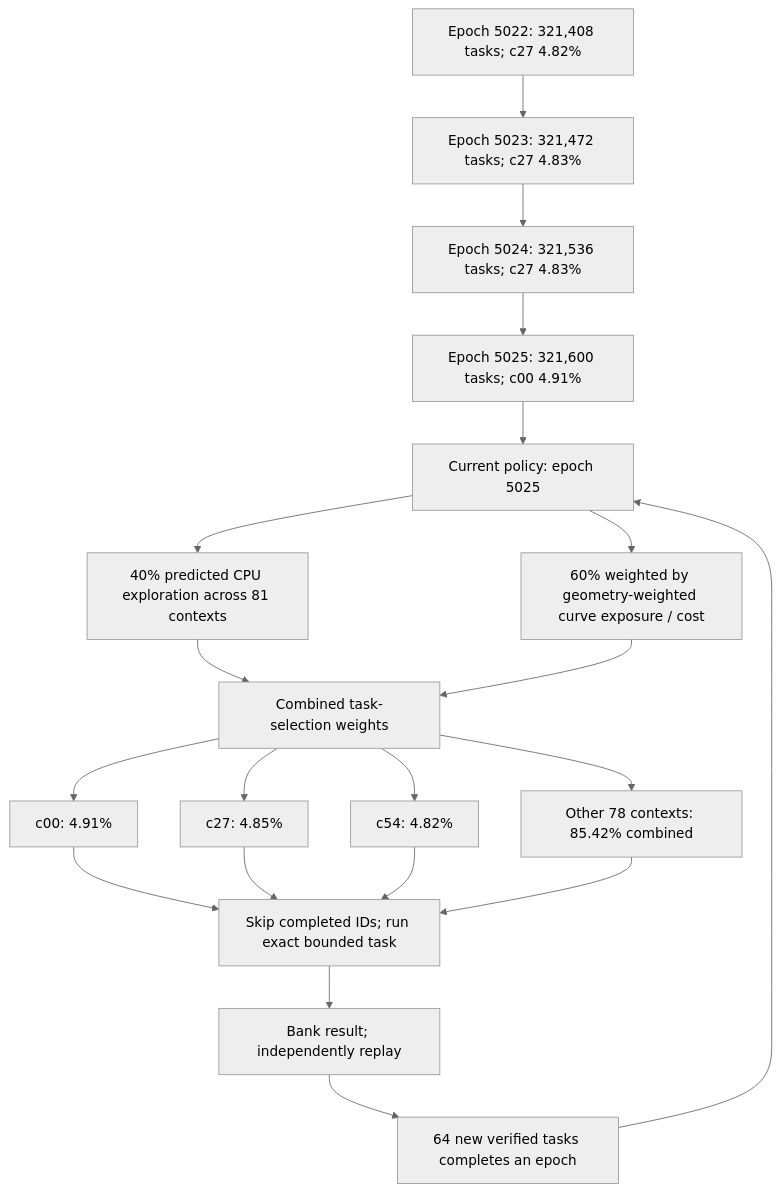
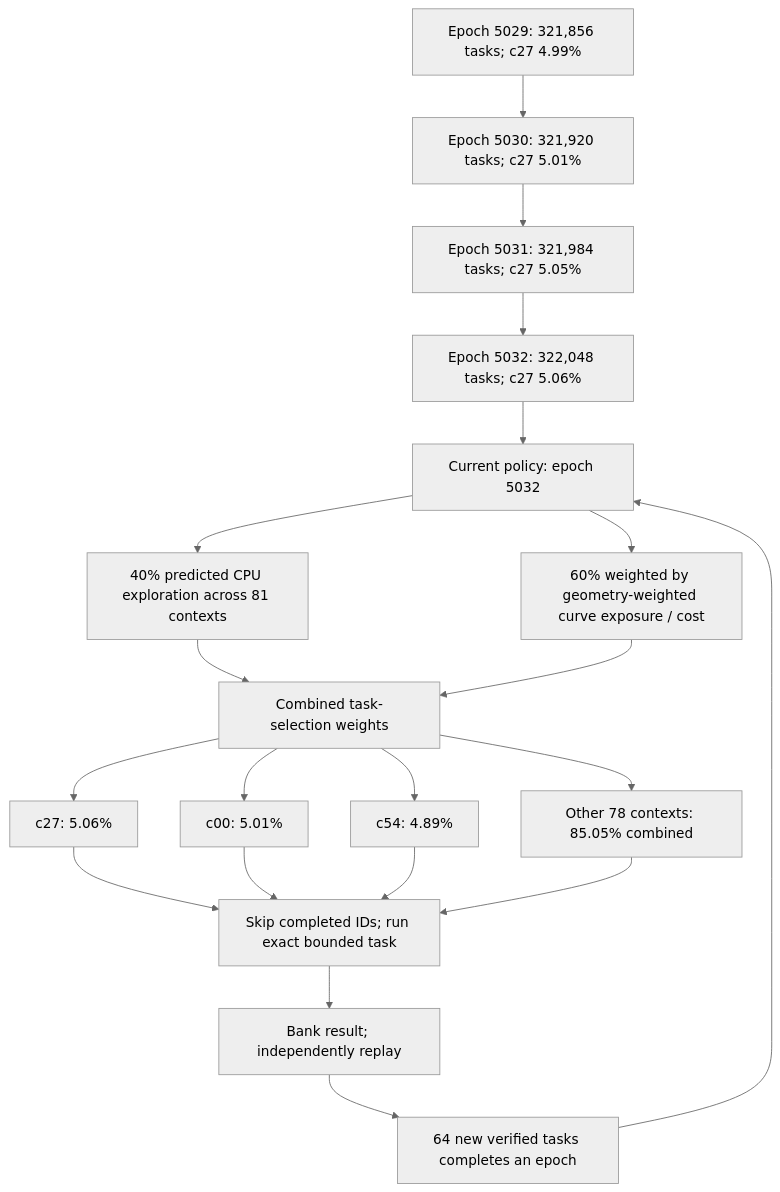
One commit to Kuberwastaken/math-gambling changed the first of 3 diagrams in README.md. Above: the diagram before and after it, drawn with Mermaid (neutral theme). The commit also changed other lines of this file and 1655 other files, not shown here.

````diff
--- a/README.md
+++ b/README.md
@@ -60,27 +60,27 @@
 ```mermaid
 flowchart TD
-    H0["Epoch 5022: 321,408 tasks; c27 4.82%"]
-    H1["Epoch 5023: 321,472 tasks; c27 4.83%"]
+    H0["Epoch 5029: 321,856 tasks; c27 4.99%"]
+    H1["Epoch 5030: 321,920 tasks; c27 5.01%"]
     H0 --> H1
-    H2["Epoch 5024: 321,536 tasks; c27 4.83%"]
+    H2["Epoch 5031: 321,984 tasks; c27 5.05%"]
     H1 --> H2
-    H3["Epoch 5025: 321,600 tasks; c00 4.91%"]
+    H3["Epoch 5032: 322,048 tasks; c27 5.06%"]
     H2 --> H3
-    Policy["Current policy: epoch 5025"]
+    Policy["Current policy: epoch 5032"]
     H3 --> Policy
     Policy --> Explore["40% predicted CPU exploration across 81 contexts"]
     Policy --> Cost["60% weighted by geometry-weighted curve exposure / cost"]
     Explore --> Mix["Combined task-selection weights"]
     Cost --> Mix
-    Mix --> C0["c00: 4.91%"]
-    Mix --> C1["c27: 4.85%"]
-    Mix --> C2["c54: 4.82%"]
-    Mix --> Rest["Other 78 contexts: 85.42% combined"]
+    Mix --> C0["c27: 5.06%"]
+    Mix --> C1["c00: 5.01%"]
+    Mix --> C2["c54: 4.89%"]
+    Mix --> Rest["Other 78 contexts: 85.05% combined"]
     C0 --> Check["Skip completed IDs; run exact bounded task"]
     C1 --> Check
     C2 --> Check
     Rest --> Check
     Check --> Replay["Bank result; independently replay"]
     Replay --> Gate["64 new verified tasks completes an epoch"]
     Gate --> Policy
 ```
````
